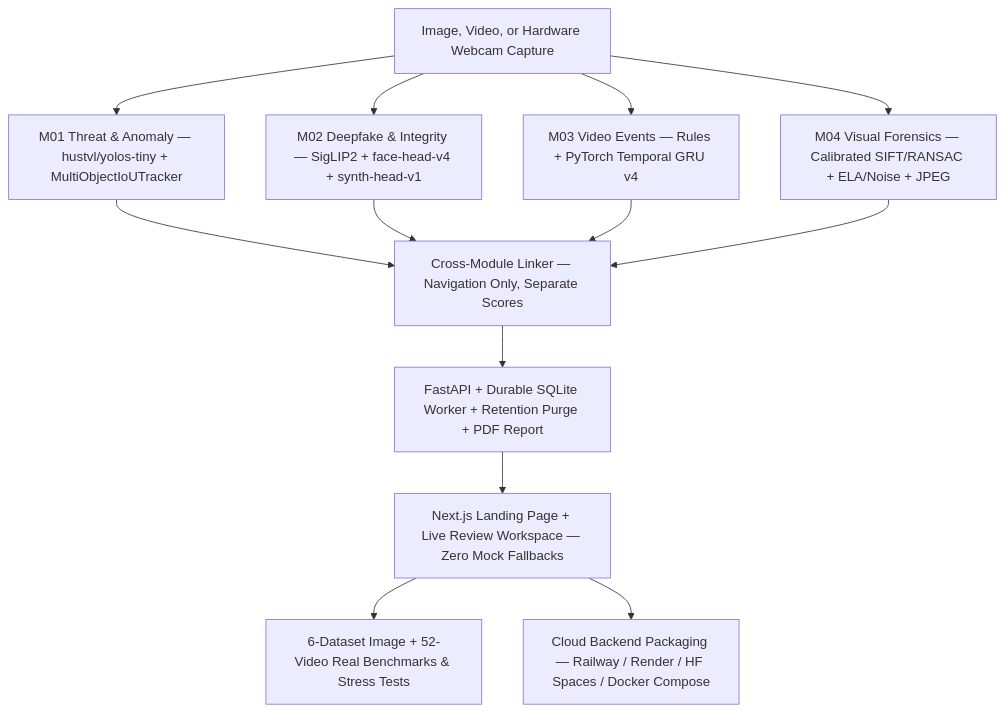
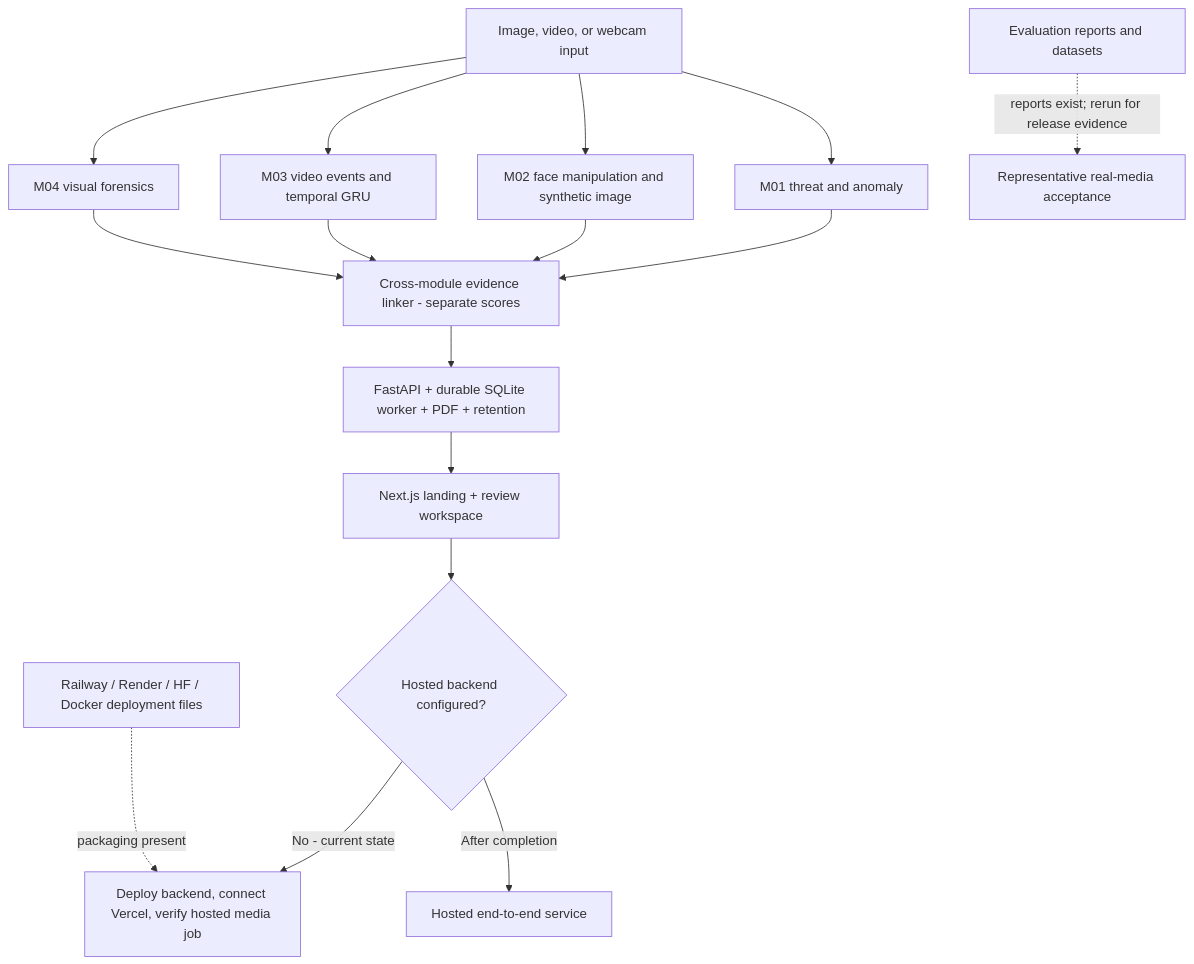
The diagram in PROJECT_STATUS.md (Raghav-prog-max/Deep-Shield), drawn with Mermaid before and after one commit. The commit also changed other lines of this file and 5 other files, not shown here.

````diff
--- a/PROJECT_STATUS.md
+++ b/PROJECT_STATUS.md
@@ -13,15 +15,18 @@
 ```mermaid
 flowchart TD
-    A[Image, Video, or Hardware Webcam Capture] --> B[M01 Threat & Anomaly — hustvl/yolos-tiny + MultiObjectIoUTracker]
-    A --> C[M02 Deepfake & Integrity — SigLIP2 + face-head-v4 + synth-head-v1]
-    A --> D[M03 Video Events — Rules + PyTorch Temporal GRU v4]
-    A --> E[M04 Visual Forensics — Calibrated SIFT/RANSAC + ELA/Noise + JPEG]
-    B --> F[Cross-Module Linker — Navigation Only, Separate Scores]
+    A[Image, video, or webcam input] --> B[M01 threat and anomaly]
+    A --> C[M02 face manipulation and synthetic image]
+    A --> D[M03 video events and temporal GRU]
+    A --> E[M04 visual forensics]
+    B --> F[Cross-module evidence linker - separate scores]
     C --> F
     D --> F
     E --> F
-    F --> G[FastAPI + Durable SQLite Worker + Retention Purge + PDF Report]
-    G --> H[Next.js Landing Page + Live Review Workspace — Zero Mock Fallbacks]
-    H --> I[6-Dataset Image + 52-Video Real Benchmarks & Stress Tests]
-    H --> J[Cloud Backend Packaging — Railway / Render / HF Spaces / Docker Compose]
+    F --> G[FastAPI + durable SQLite worker + PDF + retention]
+    G --> H[Next.js landing + review workspace]
+    H --> I{Hosted backend configured?}
+    I -->|No - current state| J[Deploy backend, connect Vercel, verify hosted media job]
+    I -->|After completion| K[Hosted end-to-end service]
+    L[Evaluation reports and datasets] -. reports exist; rerun for release evidence .-> M[Representative real-media acceptance]
+    N[Railway / Render / HF / Docker deployment files] -. packaging present .-> J
 ```
````
